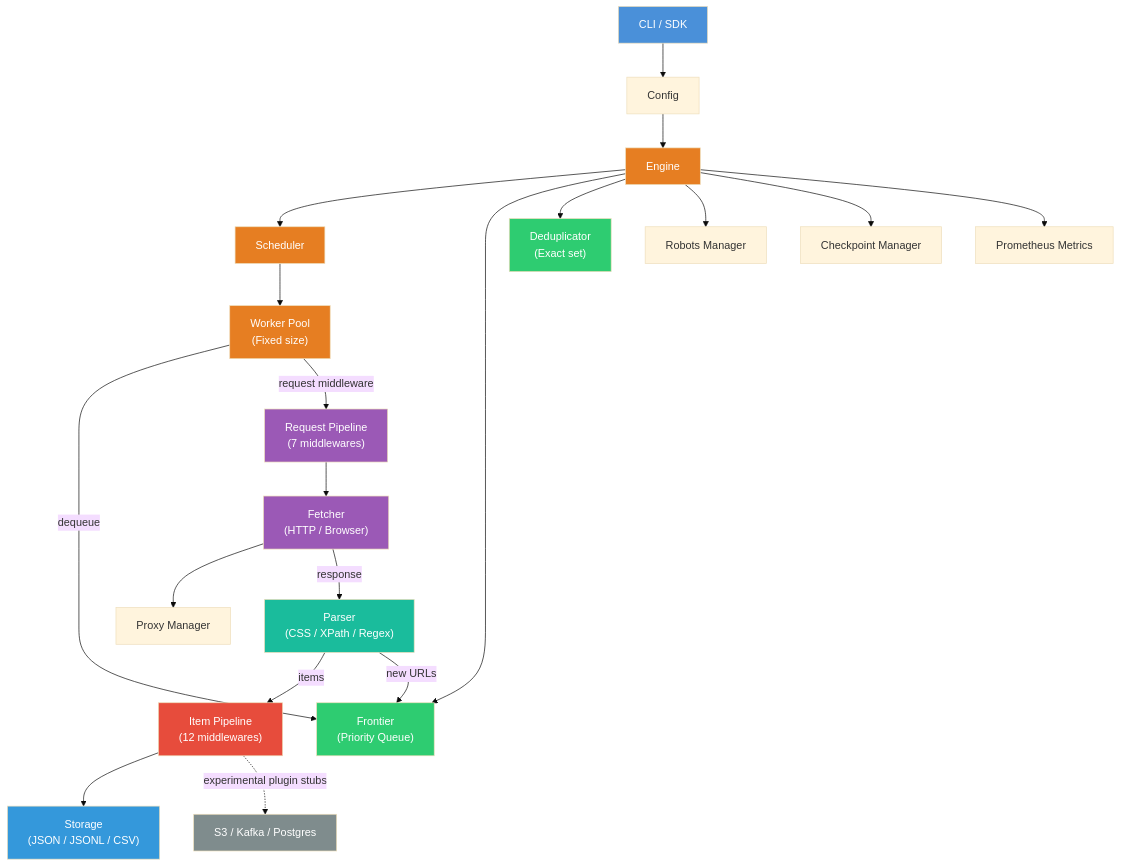
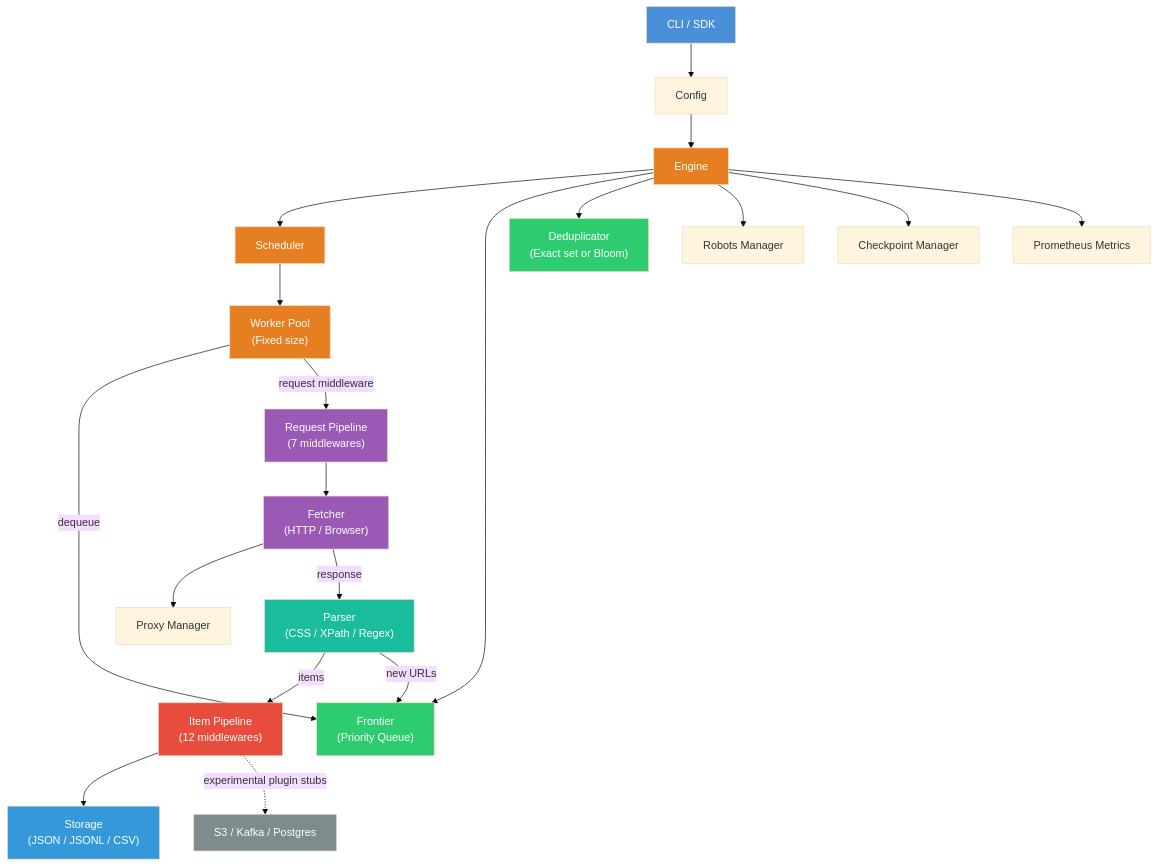
Before and after one commit to IshaanNene/ScrapeGoat: the diagram in README.md, drawn with Mermaid (base theme). The commit also changed other lines of this file and 8 other files, not shown here.

````diff
--- a/README.md
+++ b/README.md
@@ -69,34 +69,34 @@
 ```mermaid
 graph TD
     CLI["CLI / SDK"] --> CFG["Config"]
     CFG --> ENG["Engine"]
     ENG --> SCH["Scheduler"]
     ENG --> FRT["Frontier<br>(Priority Queue)"]
-    ENG --> DDP["Deduplicator<br>(Exact set)"]
+    ENG --> DDP["Deduplicator<br>(Exact set or Bloom)"]
     ENG --> RBT["Robots Manager"]
     ENG --> CHK["Checkpoint Manager"]
     ENG --> MET["Prometheus Metrics"]
     SCH --> WRK["Worker Pool<br>(Fixed size)"]
     WRK -->|"dequeue"| FRT
     WRK -->|"request middleware"| MID["Request Pipeline<br>(7 middlewares)"]
     MID --> FET["Fetcher<br>(HTTP / Browser)"]
     FET --> PXY["Proxy Manager"]
     FET -->|"response"| PAR["Parser<br>(CSS / XPath / Regex)"]
     PAR -->|"items"| PIP["Item Pipeline<br>(12 middlewares)"]
     PAR -->|"new URLs"| FRT
     PIP --> STR["Storage<br>(JSON / JSONL / CSV)"]
     PIP -. "experimental plugin stubs" .-> PLG["S3 / Kafka / Postgres"]
 
     style CLI fill:#4A90D9,color:#fff
     style ENG fill:#E67E22,color:#fff
     style SCH fill:#E67E22,color:#fff
     style WRK fill:#E67E22,color:#fff
     style FRT fill:#2ECC71,color:#fff
     style DDP fill:#2ECC71,color:#fff
     style MID fill:#9B59B6,color:#fff
     style FET fill:#9B59B6,color:#fff
     style PAR fill:#1ABC9C,color:#fff
     style PIP fill:#E74C3C,color:#fff
     style STR fill:#3498DB,color:#fff
     style PLG fill:#7F8C8D,color:#fff
 ```
````
